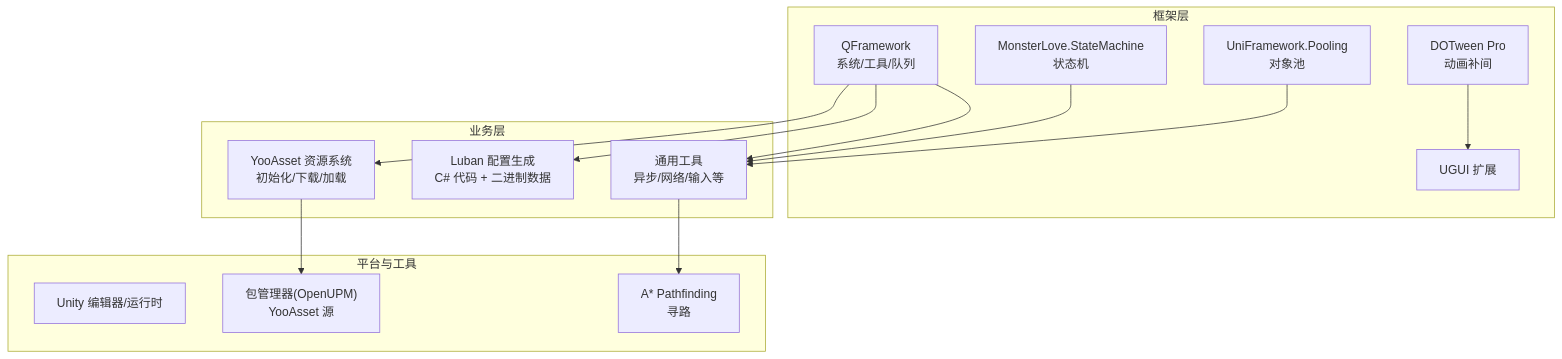
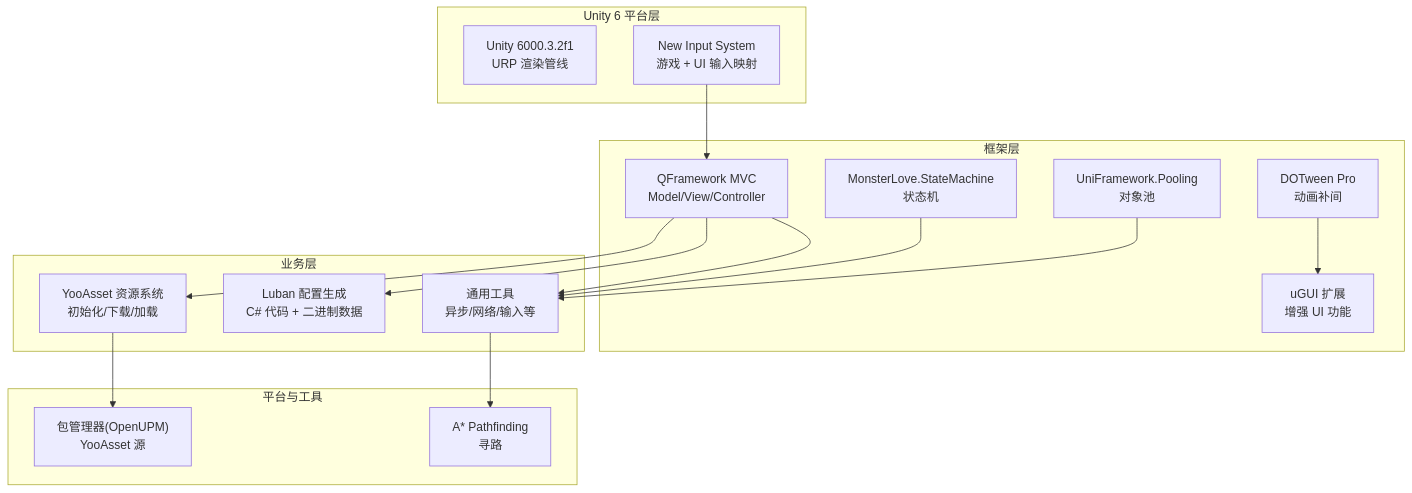
The first of 4 diagrams in .qoder/repowiki/zh/content/项目概述/技术栈概览.md (MOYVSH/SimulationClient), drawn with Mermaid before and after one commit. The commit also changed other lines of this file and 73 other files, not shown here.

````diff
--- a/.qoder/repowiki/zh/content/项目概述/技术栈概览.md
+++ b/.qoder/repowiki/zh/content/项目概述/技术栈概览.md
@@ -51,28 +71,32 @@
 ```mermaid
 graph TB
+subgraph "Unity 6 平台层"
+Unity["Unity 6000.3.2f1<br/>URP 渲染管线"]
+Input["New Input System<br/>游戏 + UI 输入映射"]
+end
 subgraph "框架层"
-QF["QFramework<br/>系统/工具/队列"]
+QF["QFramework MVC<br/>Model/View/Controller"]
 FSM["MonsterLove.StateMachine<br/>状态机"]
 DOT["DOTween Pro<br/>动画补间"]
 Pool["UniFramework.Pooling<br/>对象池"]
-UI["UGUI 扩展"]
+UI["uGUI 扩展<br/>增强 UI 功能"]
 end
 subgraph "业务层"
 Res["YooAsset 资源系统<br/>初始化/下载/加载"]
 Conf["Luban 配置生成<br/>C# 代码 + 二进制数据"]
 Utils["通用工具<br/>异步/网络/输入等"]
 end
 subgraph "平台与工具"
-Unity["Unity 编辑器/运行时"]
 PM["包管理器(OpenUPM)<br/>YooAsset 源"]
 Astar["A* Pathfinding<br/>寻路"]
 end
 QF --> Res
 QF --> Conf
 QF --> Utils
 FSM --> Utils
 DOT --> UI
 Pool --> Utils
 Res --> PM
 Utils --> Astar
+Input --> QF
 ```
````
